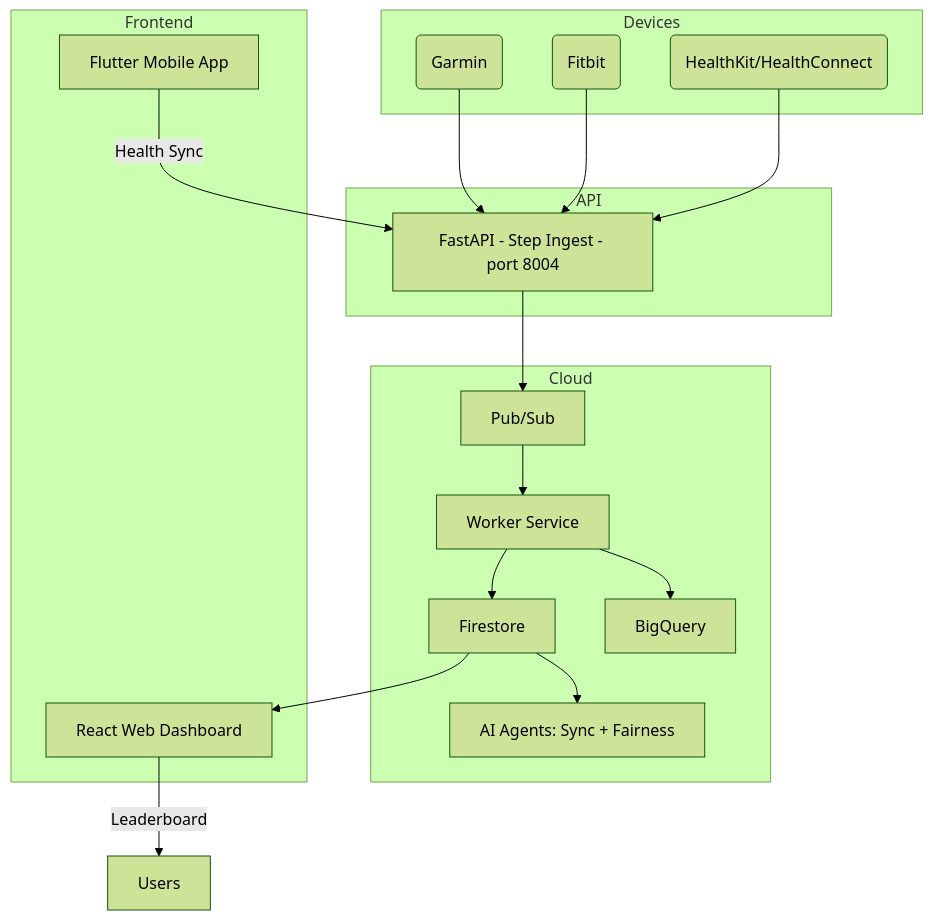
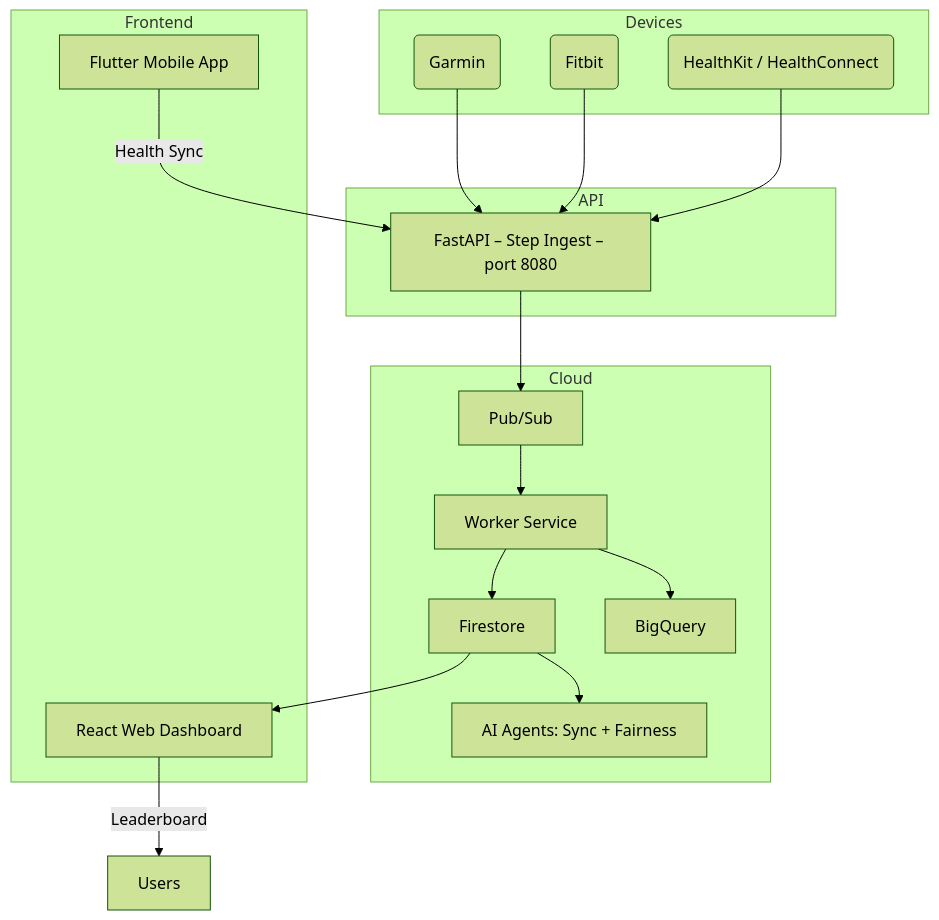
The diagram in README.md (datarake/stepsquad), drawn with Mermaid (forest theme) before and after one commit. The commit also changed other lines of this file and 15 other files, not shown here.

````diff
--- a/README.md
+++ b/README.md
@@ -23,31 +24,31 @@
 ```mermaid
 flowchart TD
   subgraph Devices
     A1(Garmin)
     A2(Fitbit)
-    A3(HealthKit/HealthConnect)
+    A3(HealthKit / HealthConnect)
   end
 
   subgraph API
-    B1[FastAPI - Step Ingest - port 8004]
+    B1[FastAPI – Step Ingest – port 8080]
   end
 
   subgraph Cloud
     C1[Pub/Sub]
     C2[Worker Service]
     C3[Firestore]
     C4[BigQuery]
     C5[AI Agents: Sync + Fairness]
   end
 
   subgraph Frontend
     D1[React Web Dashboard]
     D2[Flutter Mobile App]
   end
 
   A1 & A2 & A3 --> B1 --> C1 --> C2 --> C3 & C4
   C3 --> D1
   C3 --> C5
   D1 -->|Leaderboard| Users
   D2 -->|Health Sync| B1
 ```
````
